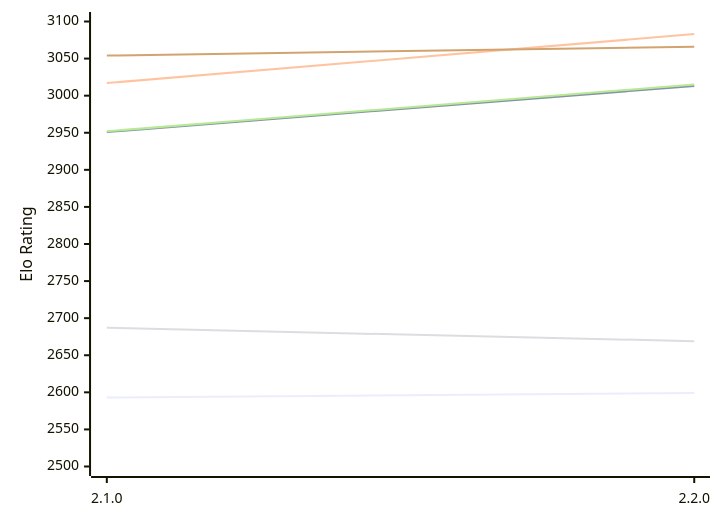
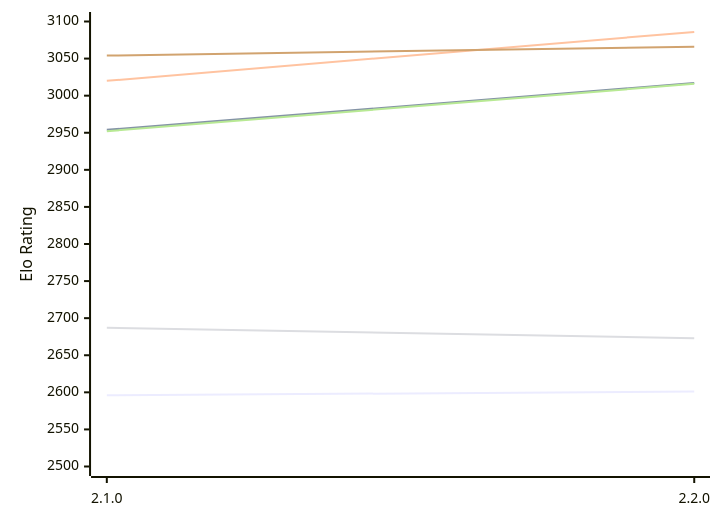
Before and after one commit to computer-chess-index/cci: the first of 2 diagrams in engines/Aspen.md, drawn with Mermaid. The commit also changed other lines of this file, not shown here.

Commit message:
Update CCI Ratings (ELO VLTC) - 2026-11-22

````diff
--- a/engines/Aspen.md
+++ b/engines/Aspen.md
@@ -52,12 +52,12 @@
 ```mermaid
 %%{init: {"theme":"base","themeVariables":{"seriesColors:['#a3a3a3','#222221','#faa371']}}}%%
 xychart-beta
   x-axis ["2.1.0", "2.2.0"]
   y-axis "Elo Rating" 2500 --> 3100
-  line "E1: STC (8.0+0.08s)" [2593, 2599]
-  line "E1: LTC (60.0+0.60s)" [2951, 3013]
-  line "E1: VLTC (2m24s+1.12s)" [3017, 3083]
-  line "P1: STC (8.0+0.08s)" [2687, 2669]
-  line "P1: LTC (60.0+0.60s)" [2952, 3015]
+  line "E1: STC (8.0+0.08s)" [2596, 2601]
+  line "E1: LTC (60.0+0.60s)" [2954, 3017]
+  line "E1: VLTC (2m24s+1.12s)" [3020, 3086]
+  line "P1: STC (8.0+0.08s)" [2687, 2673]
+  line "P1: LTC (60.0+0.60s)" [2952, 3016]
   line "P1: VLTC (2m24s+1.12s)" [3054, 3066]
 ```
````
